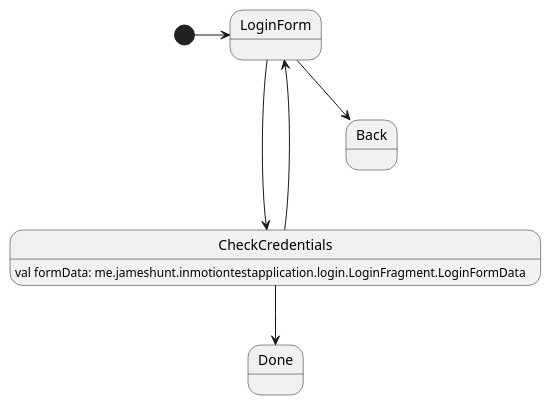
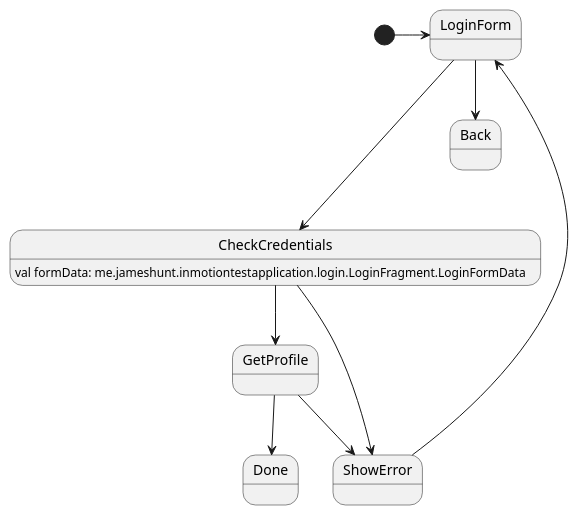
The diagram in app/src/main/java/me/jameshunt/inmotiontestapplication/login/Login.puml (huntj88/FlowSampleApp), drawn with PlantUML before and after one commit. The commit also changed 7 other files, not shown here.

```diff
--- a/app/src/main/java/me/jameshunt/inmotiontestapplication/login/Login.puml
+++ b/app/src/main/java/me/jameshunt/inmotiontestapplication/login/Login.puml
@@ -1,13 +1,18 @@
 @startuml
 
 [*] -> LoginForm
 
 CheckCredentials : val formData: me.jameshunt.inmotiontestapplication.login.LoginFragment.LoginFormData
 
 LoginForm ---> CheckCredentials
 LoginForm --> Back
 
-CheckCredentials --> Done
-CheckCredentials --> LoginForm
+CheckCredentials --> GetProfile
+CheckCredentials --> ShowError
+
+ShowError --> LoginForm
+
+GetProfile --> Done
+GetProfile --> ShowError
 
 @enduml
```
